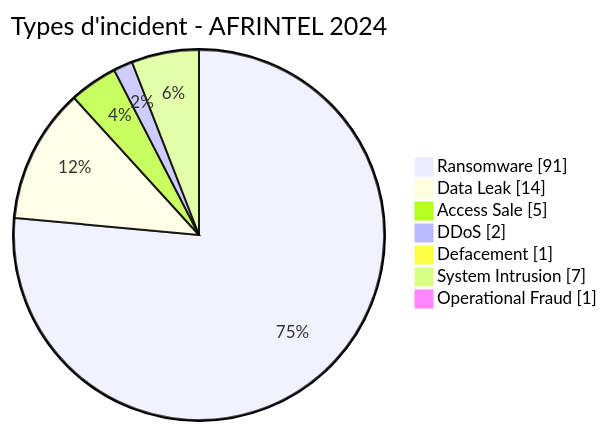
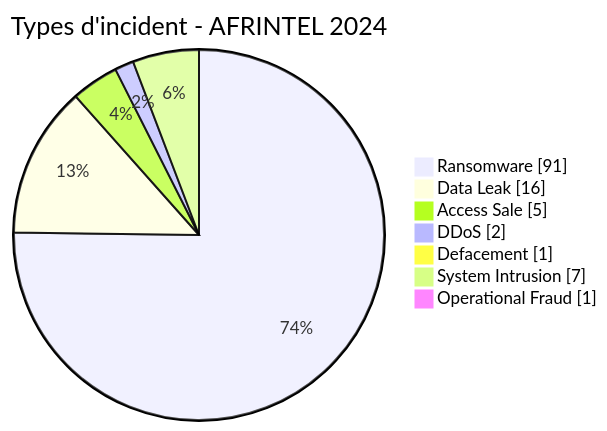
Before and after one commit to Hatchepsoute/AFRINTEL: the second of 2 diagrams in CyberAttackAfrica/2024/README_FR.md, drawn with Mermaid. The commit also changed other lines of this file and 90 other files, not shown here.

````diff
--- a/CyberAttackAfrica/2024/README_FR.md
+++ b/CyberAttackAfrica/2024/README_FR.md
@@ -83,11 +87,11 @@
 ```mermaid
 pie showData
     title Types d'incident - AFRINTEL 2024
     "Ransomware" : 91
-    "Data Leak" : 14
+    "Data Leak" : 16
     "Access Sale" : 5
     "DDoS" : 2
     "Defacement" : 1
     "System Intrusion" : 7
     "Operational Fraud" : 1
 ```
````
